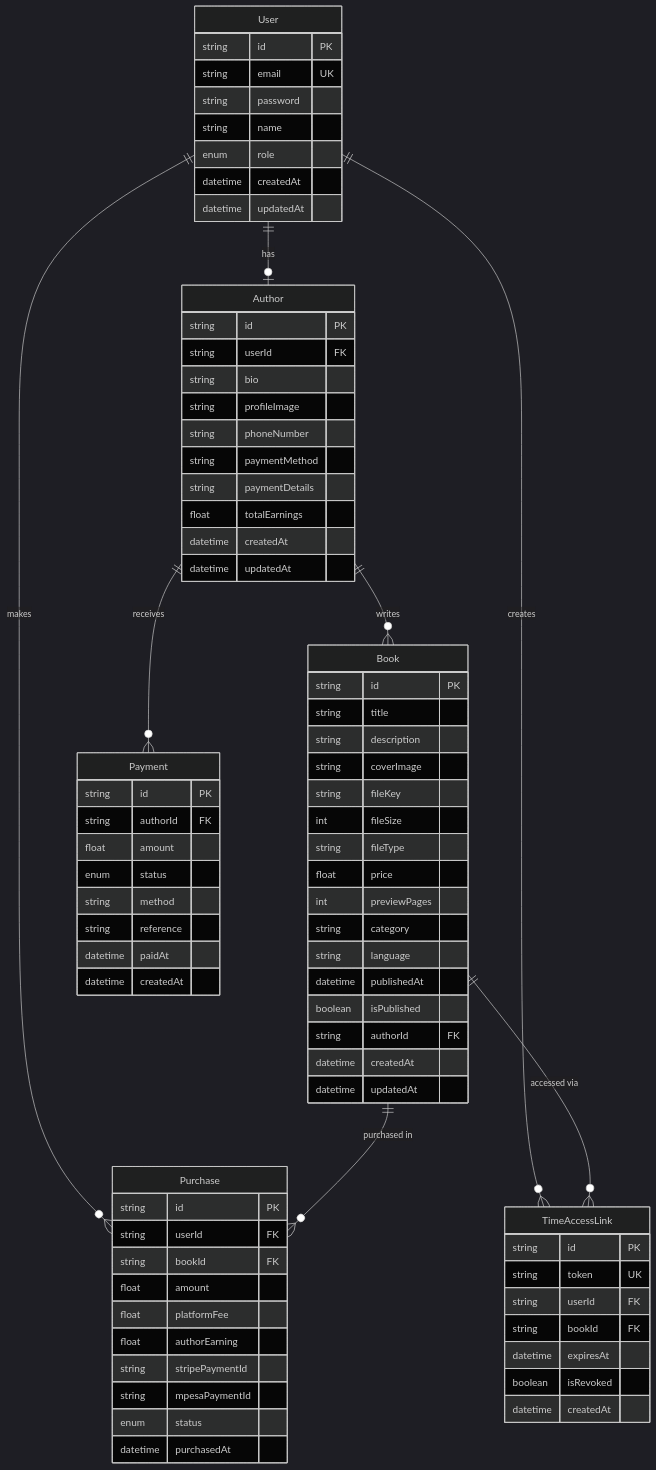
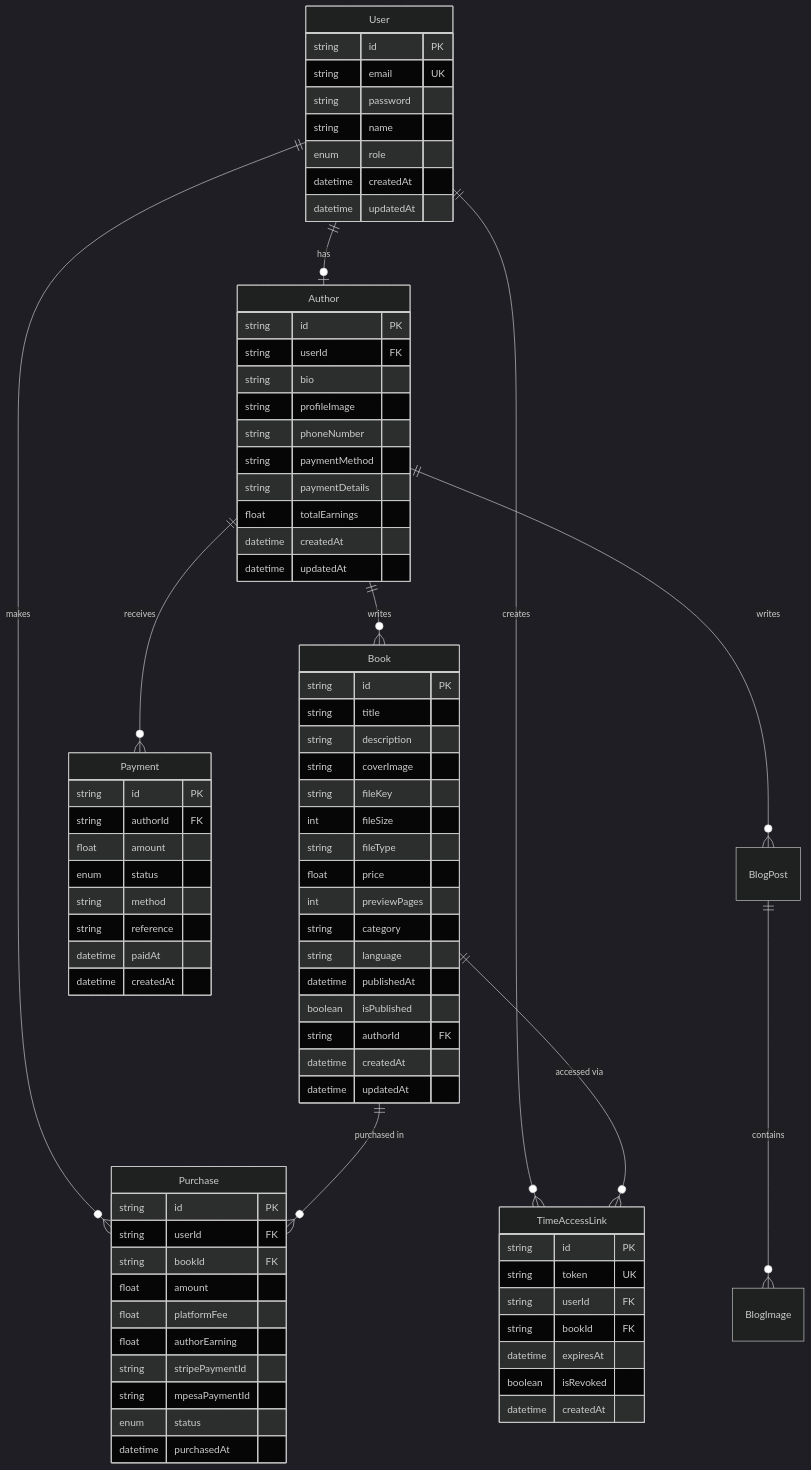
Before and after one commit to pngobiro/kalenjinbooks: the diagram in docs/DATABASE.md, drawn with Mermaid (dark theme). The commit also changed other lines of this file and 2 other files, not shown here.

First line of the commit message:
docs: Add blog feature documentation

```diff
--- a/docs/DATABASE.md
+++ b/docs/DATABASE.md
@@ -13,8 +13,10 @@
     User ||--o{ TimeAccessLink : "creates"
     Author ||--o{ Book : "writes"
     Author ||--o{ Payment : "receives"
+    Author ||--o{ BlogPost : "writes"
     Book ||--o{ Purchase : "purchased in"
     Book ||--o{ TimeAccessLink : "accessed via"
+    BlogPost ||--o{ BlogImage : "contains"
 
     User {
         string id PK
```
